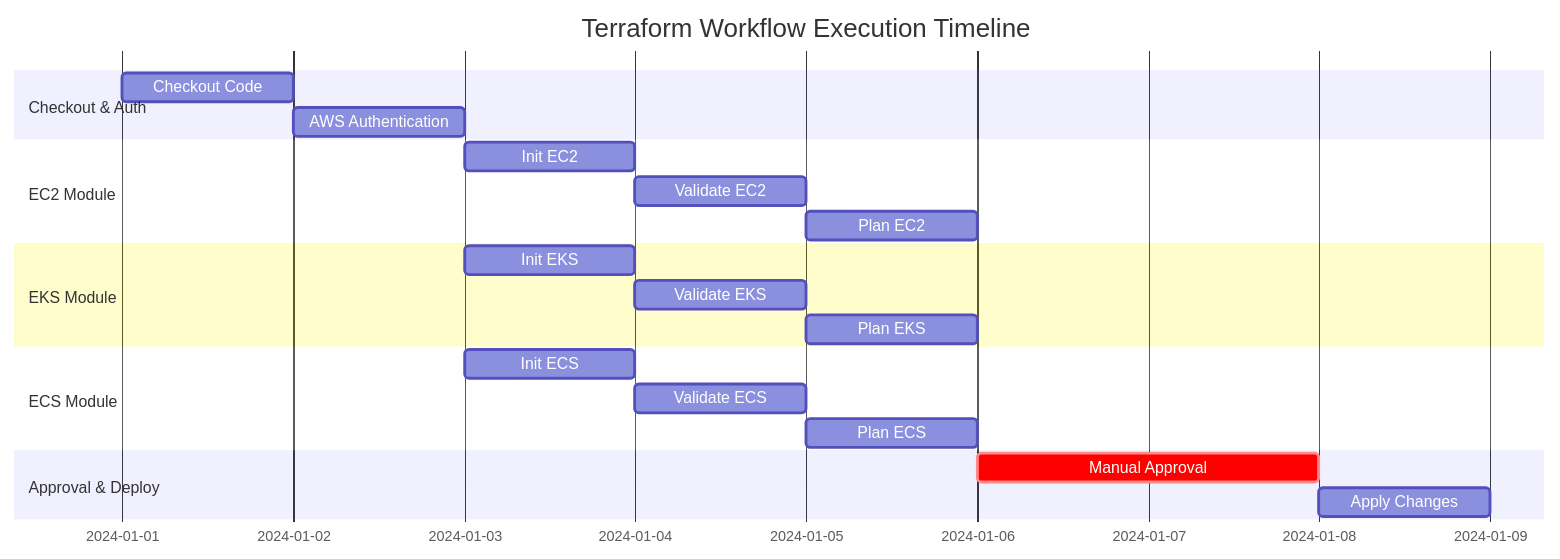
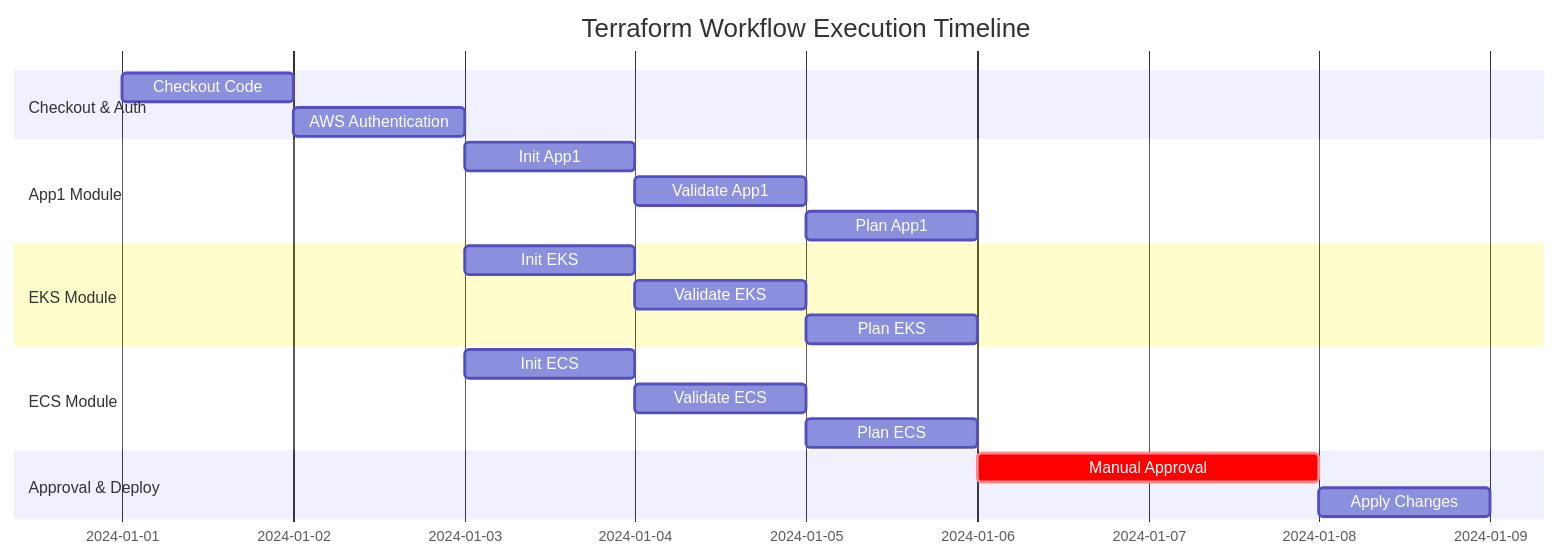
Before and after one commit to vegatros/repo1: diagram 13 of 15 in DIAGRAMS.md, drawn with Mermaid. The commit also changed other lines of this file and 10 other files, not shown here.

````diff
--- a/DIAGRAMS.md
+++ b/DIAGRAMS.md
@@ -459,27 +463,27 @@
 ```mermaid
 gantt
     title Terraform Workflow Execution Timeline
     dateFormat  YYYY-MM-DD
     section Checkout & Auth
     Checkout Code           :a1, 2024-01-01, 1d
     AWS Authentication      :a2, after a1, 1d
     
-    section EC2 Module
-    Init EC2               :b1, after a2, 1d
-    Validate EC2           :b2, after b1, 1d
-    Plan EC2               :b3, after b2, 1d
+    section App1 Module
+    Init App1               :b1, after a2, 1d
+    Validate App1           :b2, after b1, 1d
+    Plan App1               :b3, after b2, 1d
     
     section EKS Module
     Init EKS               :c1, after a2, 1d
     Validate EKS           :c2, after c1, 1d
     Plan EKS               :c3, after c2, 1d
     
     section ECS Module
     Init ECS               :d1, after a2, 1d
     Validate ECS           :d2, after d1, 1d
     Plan ECS               :d3, after d2, 1d
     
     section Approval & Deploy
     Manual Approval        :crit, e1, after b3, 2d
     Apply Changes          :e2, after e1, 1d
 ```
````
